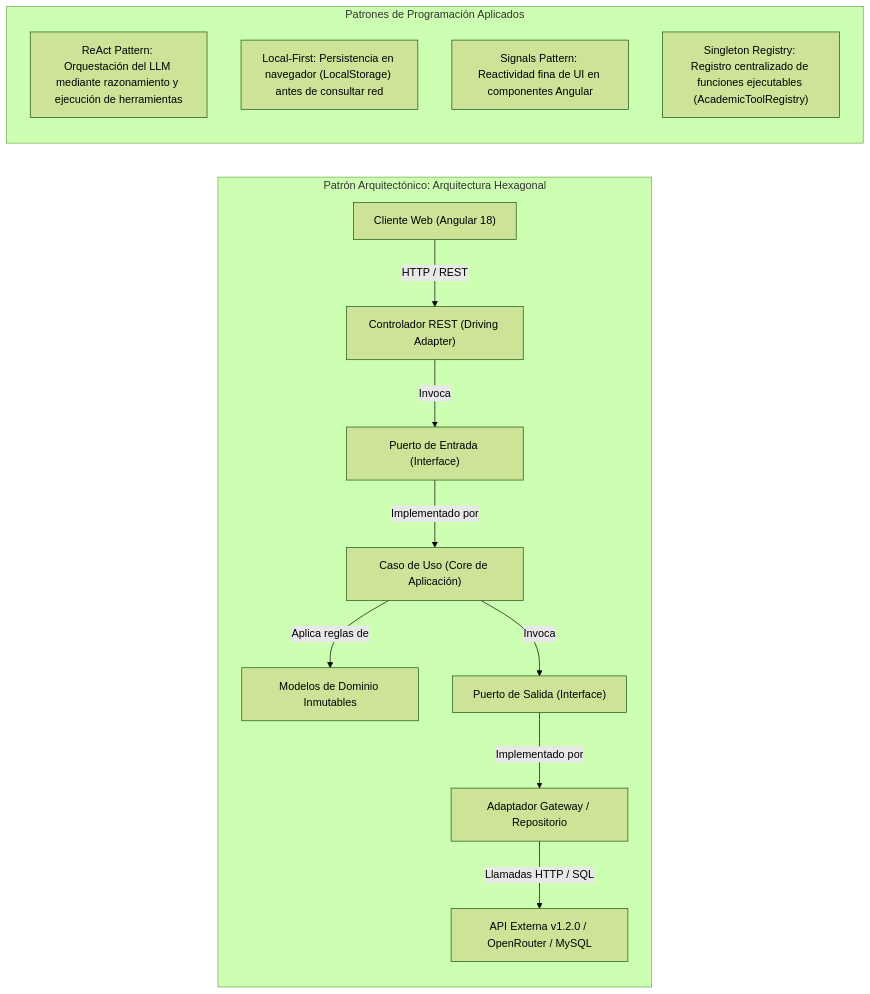
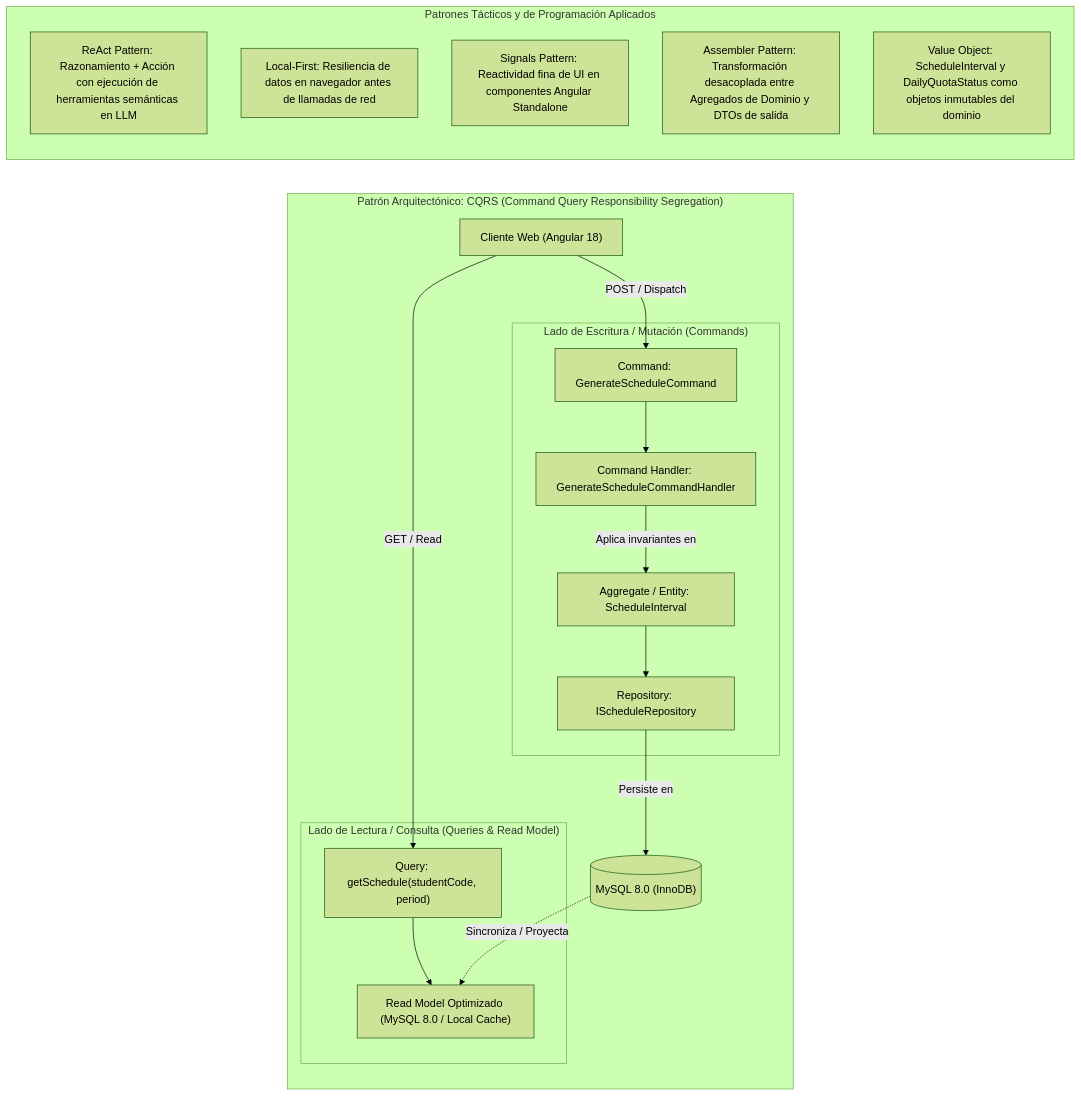
The fifth of 9 diagrams in INFORME_TECNICO_PROYECTO.md (Joan2022Laurente/horarioInteligente), drawn with Mermaid (forest theme) before and after one commit. The commit also changed other lines of this file and 2 other files, not shown here.

Commit message:
docs: actualizar informe tecnico a DDD+CQRS y robustecer modelo relacional MySQL con 5 tablas y FKs

````diff
--- a/INFORME_TECNICO_PROYECTO.md
+++ b/INFORME_TECNICO_PROYECTO.md
@@ -481,19 +539,36 @@
 ```mermaid
 flowchart LR
-    subgraph ArquitecturaHexagonal["Patrón Arquitectónico: Arquitectura Hexagonal"]
-        UI["Cliente Web (Angular 18)"] -->|HTTP / REST| InAdapter["Controlador REST (Driving Adapter)"]
-        InAdapter -->|Invoca| PortIn["Puerto de Entrada (Interface)"]
-        PortIn -->|Implementado por| Service["Caso de Uso (Core de Aplicación)"]
-        Service -->|Aplica reglas de| Domain["Modelos de Dominio Inmutables"]
-        Service -->|Invoca| PortOut["Puerto de Salida (Interface)"]
-        PortOut -->|Implementado por| OutAdapter["Adaptador Gateway / Repositorio"]
-        OutAdapter -->|Llamadas HTTP / SQL| CloudServices["API Externa v1.2.0 / OpenRouter / MySQL"]
+    subgraph ArquitecturaCQRS["Patrón Arquitectónico: CQRS (Command Query Responsibility Segregation)"]
+        UI["Cliente Web (Angular 18)"]
+        
+        subgraph WriteSide["Lado de Escritura / Mutación (Commands)"]
+            CMD["Command: GenerateScheduleCommand"]
+            HND["Command Handler: GenerateScheduleCommandHandler"]
+            AGG["Aggregate / Entity: ScheduleInterval"]
+            REPO_W["Repository: IScheduleRepository"]
+        end
+
+        subgraph ReadSide["Lado de Lectura / Consulta (Queries & Read Model)"]
+            QRY["Query: getSchedule(studentCode, period)"]
+            READ_MODEL["Read Model Optimizado (MySQL 8.0 / Local Cache)"]
+        end
+
+        UI -->|POST / Dispatch| CMD
+        CMD --> HND
+        HND -->|Aplica invariantes en| AGG
+        AGG --> REPO_W
+        REPO_W -->|Persiste en| DB[("MySQL 8.0 (InnoDB)")]
+
+        UI -->|GET / Read| QRY
+        QRY --> READ_MODEL
+        DB -.->|Sincroniza / Proyecta| READ_MODEL
     end
 
-    subgraph PatronesDeProgramacion["Patrones de Programación Aplicados"]
-        P1["ReAct Pattern: Orquestación del LLM mediante razonamiento y ejecución de herramientas"]
-        P2["Local-First: Persistencia en navegador (LocalStorage) antes de consultar red"]
-        P3["Signals Pattern: Reactividad fina de UI en componentes Angular"]
-        P4["Singleton Registry: Registro centralizado de funciones ejecutables (AcademicToolRegistry)"]
+    subgraph PatronesDeProgramacion["Patrones Tácticos y de Programación Aplicados"]
+        P1["ReAct Pattern: Razonamiento + Acción con ejecución de herramientas semánticas en LLM"]
+        P2["Local-First: Resiliencia de datos en navegador antes de llamadas de red"]
+        P3["Signals Pattern: Reactividad fina de UI en componentes Angular Standalone"]
+        P4["Assembler Pattern: Transformación desacoplada entre Agregados de Dominio y DTOs de salida"]
+        P5["Value Object: ScheduleInterval y DailyQuotaStatus como objetos inmutables del dominio"]
     end
 ```
````
